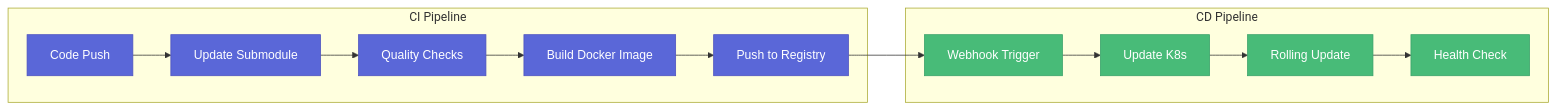
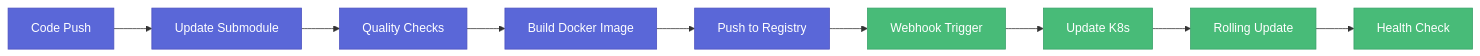
The first of 4 diagrams in README.md (DanorSODA/Devops-Course-Final-Project), drawn with Mermaid before and after one commit. The commit also changed other lines of this file, not shown here.

````diff
--- a/README.md
+++ b/README.md
@@ -41,22 +43,18 @@
 ```mermaid
 graph LR
-    subgraph "CI Pipeline"
-        A[Code Push] --> B[Update Submodule]
-        B --> C[Quality Checks]
-        C --> D[Build Docker Image]
-        D --> E[Push to Registry]
-    end
-    subgraph "CD Pipeline"
-        E --> F[Webhook Trigger]
-        F --> G[Update K8s]
-        G --> H[Rolling Update]
-        H --> I[Health Check]
-    end
+    A[Code Push] --> B[Update Submodule]
+    B --> C[Quality Checks]
+    C --> D[Build Docker Image]
+    D --> E[Push to Registry]
+    E --> F[Webhook Trigger]
+    F --> G[Update K8s]
+    G --> H[Rolling Update]
+    H --> I[Health Check]
 
     classDef default fill:#ffffff,stroke:#e2e8f0,color:#4a5568,font-family:arial
     classDef ci fill:#5a67d8,stroke:#4c51bf,color:#fff,font-family:arial
     classDef cd fill:#48bb78,stroke:#38a169,color:#fff,font-family:arial
 
     class A,B,C,D,E ci
     class F,G,H,I cd
 ```
````
